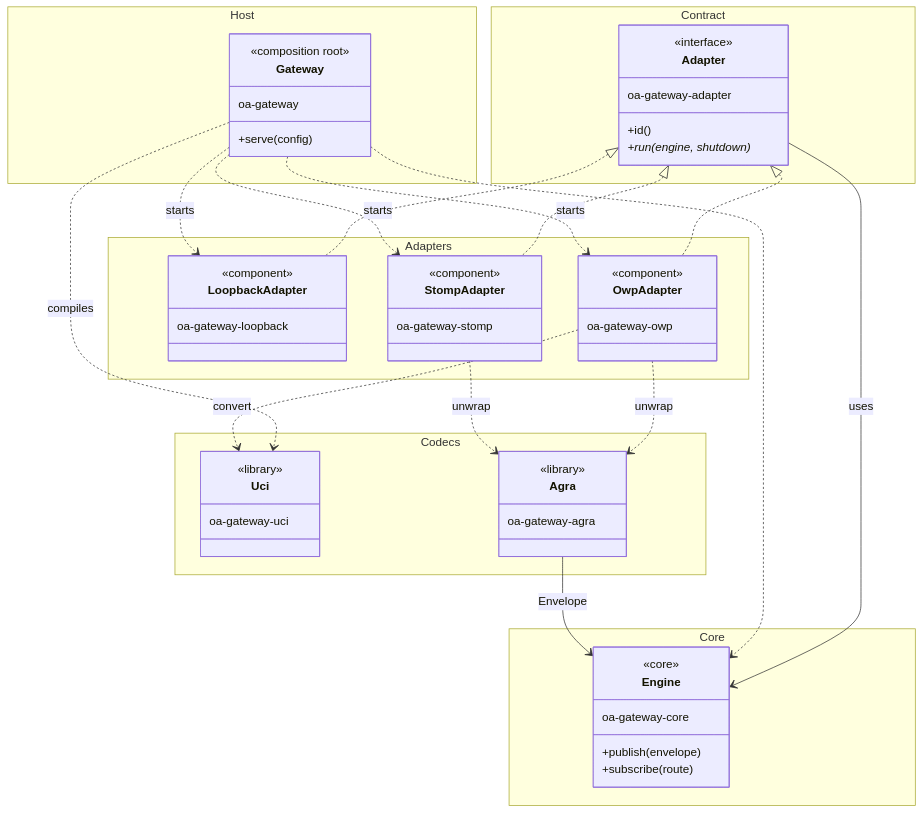
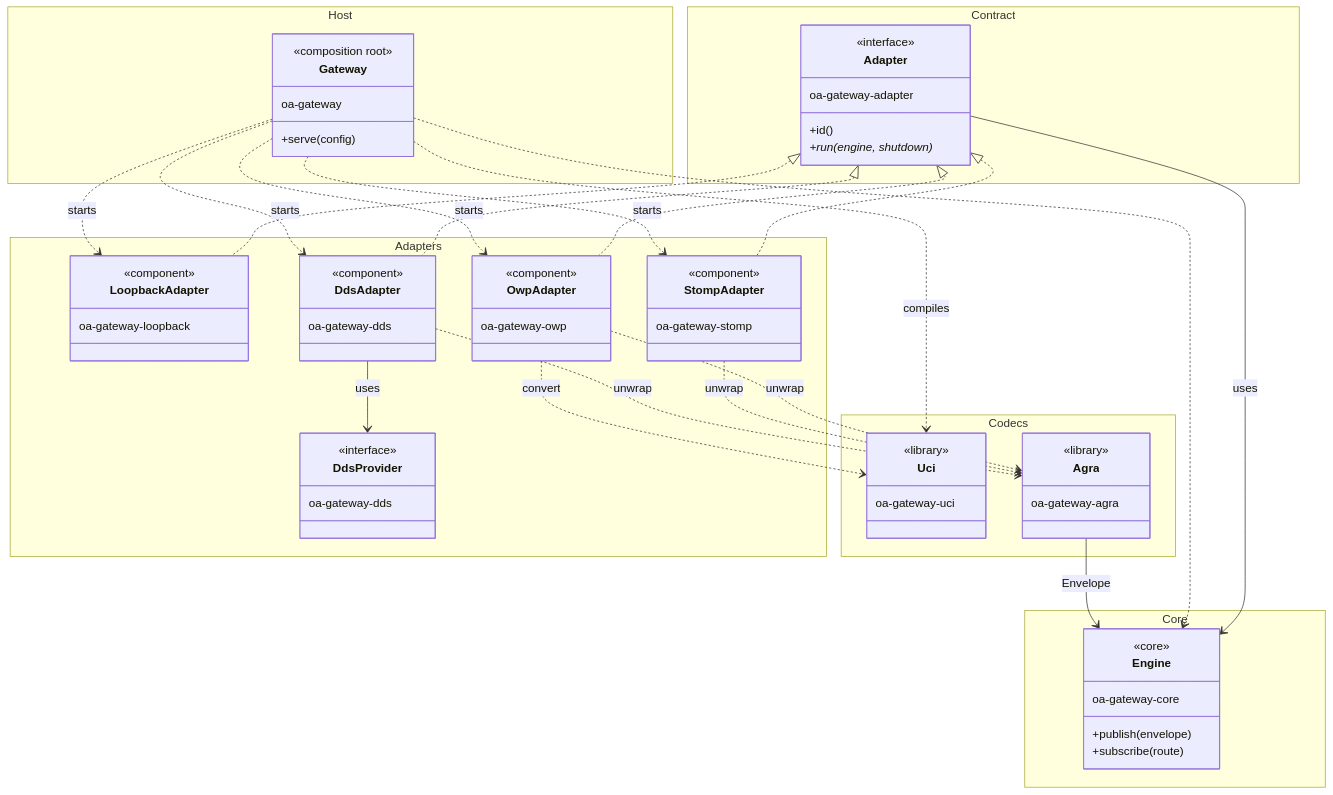
One commit to OpenAutonomy/oa-gateway changed the first of 2 diagrams in docs/architecture.md. Above: the diagram before and after it, drawn with Mermaid. The commit also changed other lines of this file and 30 other files, not shown here.

Commit message:
Add a DDS adapter so the gateway can join a domain without changing the engine.

````diff
--- a/docs/architecture.md
+++ b/docs/architecture.md
@@ -11,70 +11,82 @@
 ```mermaid
 classDiagram
     direction TB
 
     namespace Host {
         class Gateway {
             <<composition root>>
             oa-gateway
             +serve(config)
         }
     }
 
     namespace Adapters {
         class LoopbackAdapter {
             <<component>>
             oa-gateway-loopback
         }
         class OwpAdapter {
             <<component>>
             oa-gateway-owp
         }
         class StompAdapter {
             <<component>>
             oa-gateway-stomp
+        }
+        class DdsAdapter {
+            <<component>>
+            oa-gateway-dds
+        }
+        class DdsProvider {
+            <<interface>>
+            oa-gateway-dds
         }
     }
 
     namespace Contract {
         class Adapter {
             <<interface>>
             oa-gateway-adapter
             +id()
             +run(engine, shutdown)*
         }
     }
 
     namespace Codecs {
         class Uci {
             <<library>>
             oa-gateway-uci
         }
         class Agra {
             <<library>>
             oa-gateway-agra
         }
     }
 
     namespace Core {
         class Engine {
             <<core>>
             oa-gateway-core
             +publish(envelope)
             +subscribe(route)
         }
     }
 
     Adapter <|.. LoopbackAdapter
     Adapter <|.. OwpAdapter
     Adapter <|.. StompAdapter
+    Adapter <|.. DdsAdapter
+    DdsAdapter --> DdsProvider : uses
     Adapter --> Engine : uses
     Gateway ..> LoopbackAdapter : starts
     Gateway ..> OwpAdapter : starts
     Gateway ..> StompAdapter : starts
+    Gateway ..> DdsAdapter : starts
     Gateway ..> Engine
     Gateway ..> Uci : compiles
     OwpAdapter ..> Uci : convert
     OwpAdapter ..> Agra : unwrap
     StompAdapter ..> Agra : unwrap
+    DdsAdapter ..> Agra : unwrap
     Agra --> Engine : Envelope
 ```
````
